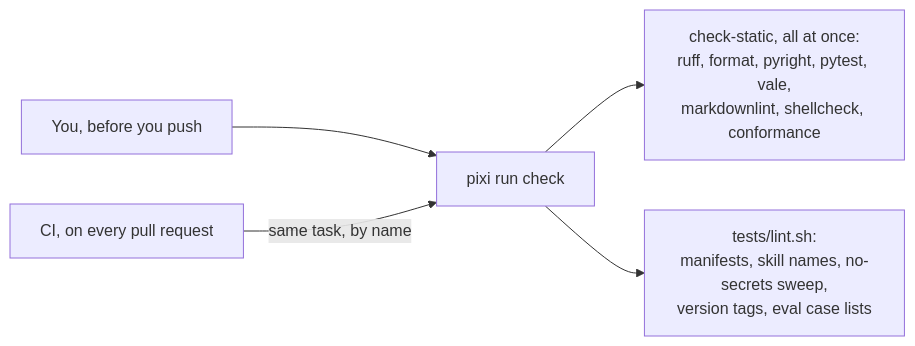
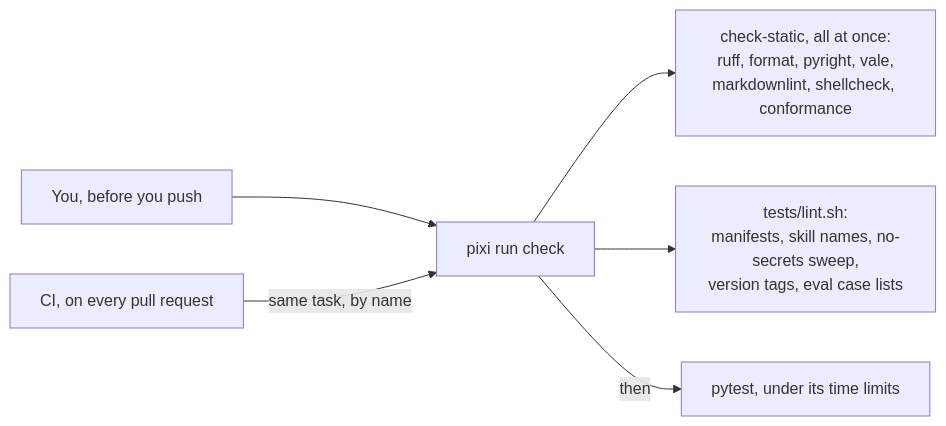
The fourth of 4 diagrams in docs/developers/index.md (liuhlab/liulab-skills), drawn with Mermaid before and after one commit. The commit also changed other lines of this file and 12 other files, not shown here.

First line of the commit message:
Adopt the template's test time limits and one-job CI

````diff
--- a/docs/developers/index.md
+++ b/docs/developers/index.md
@@ -108,7 +108,8 @@
 ```mermaid
 flowchart LR
     you["You, before you push"] --> check["pixi run check"]
     ci["CI, on every pull request"] -->|"same task, by name"| check
-    check --> static["check-static, all at once:<br/>ruff, format, pyright, pytest, vale,<br/>markdownlint, shellcheck, conformance"]
+    check --> static["check-static, all at once:<br/>ruff, format, pyright, vale,<br/>markdownlint, shellcheck, conformance"]
     check --> lint["tests/lint.sh:<br/>manifests, skill names, no-secrets sweep,<br/>version tags, eval case lists"]
+    check -->|"then"| tests["pytest, under its time limits"]
 ```
````
